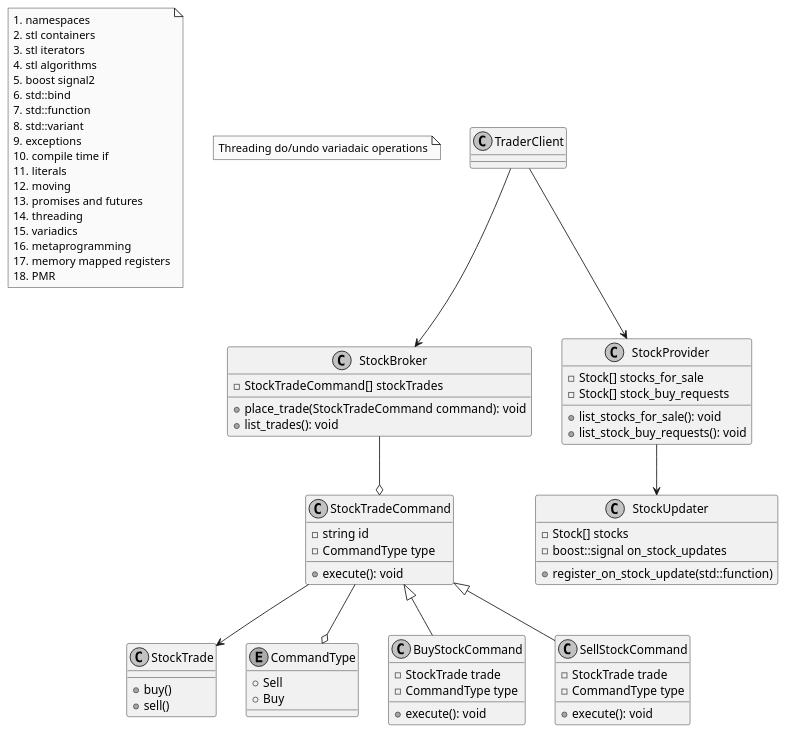
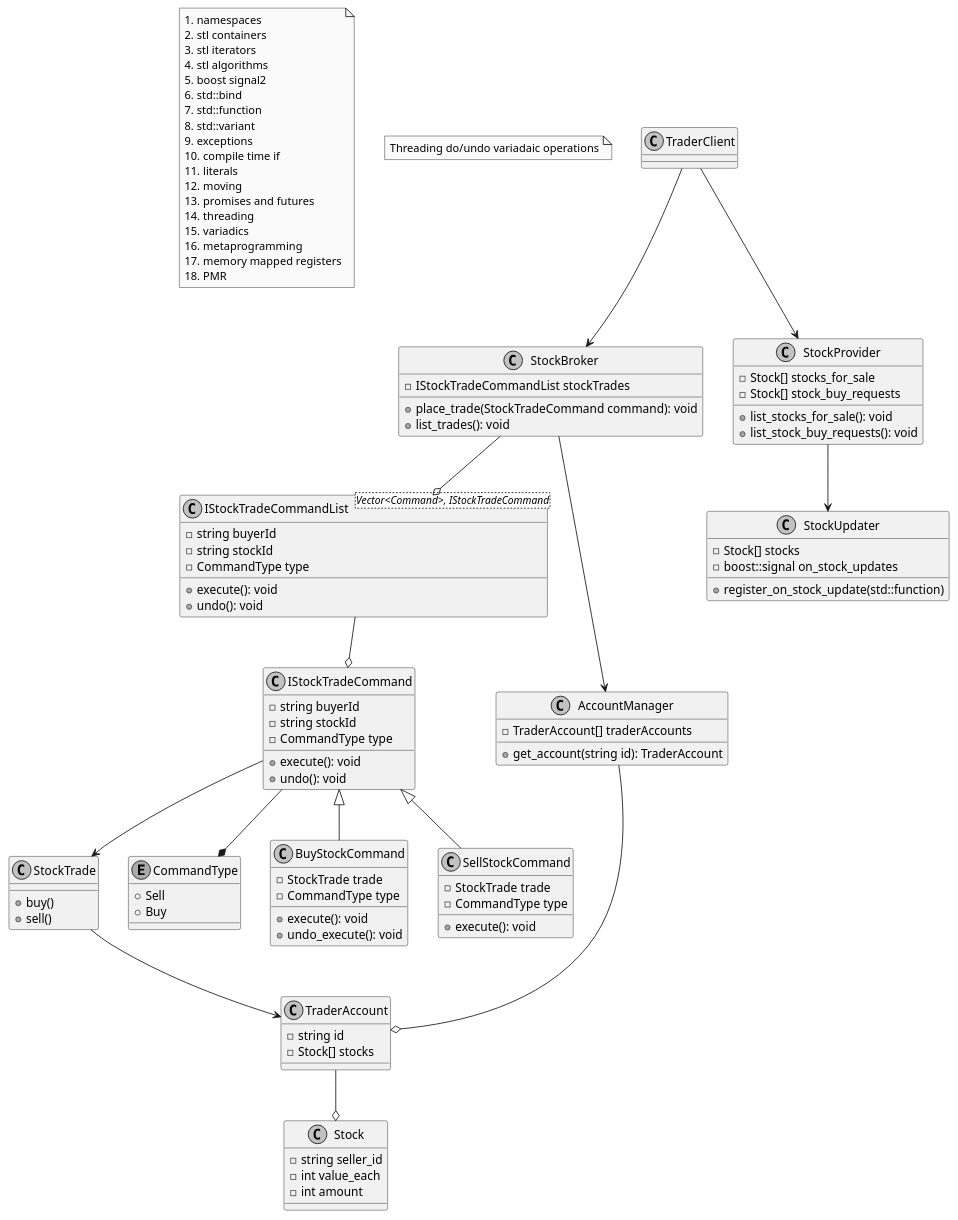
The diagram in stock-market.pu (MarcusGasberg/apk_stock_market), drawn with PlantUML before and after one commit.

Commit message:
Composite pattern?

```diff
--- a/stock-market.pu
+++ b/stock-market.pu
@@ -1,93 +1,127 @@
 @startuml StockMarket Class Diagram
 skinparam Monochrome true
 skinparam Shadowing false
 
 note as N1
   # namespaces
   # stl containers
   # stl iterators
   # stl algorithms
   # boost signal2
   # std::bind
   # std::function
   # std::variant
   # exceptions
   # compile time if
   # literals
   # moving
   # promises and futures
   # threading
   # variadics
   # metaprogramming
   # memory mapped registers
   # PMR
 end note
 
 
 note as N2
   Threading do/undo variadaic operations
 end note
 
 class TraderClient {
 
 }
 
 class StockBroker {
-  - StockTradeCommand[] stockTrades
+  - IStockTradeCommandList stockTrades
   + place_trade(StockTradeCommand command): void
   + list_trades(): void
 } 
 
 class StockTrade {
   + buy()
   + sell()
 }
 
-class StockTradeCommand {
-  - string id
+class IStockTradeCommand {
+  - string buyerId
+  - string stockId
   - CommandType type
   + execute(): void
+  + undo(): void
 }
 
 enum CommandType {
   + Sell
   + Buy
 }
 
 class BuyStockCommand {
   - StockTrade trade
+  - CommandType type 
+  + execute(): void
+  + undo_execute(): void
+}
+
+class IStockTradeCommandList <Vector<Command>, IStockTradeCommand>{
+  - string buyerId
+  - string stockId
   - CommandType type
   + execute(): void
+  + undo(): void
 }
 
 class SellStockCommand {
   - StockTrade trade
   - CommandType type
   + execute(): void
 }
 
 class StockProvider {
   - Stock[] stocks_for_sale
   - Stock[] stock_buy_requests
   + list_stocks_for_sale(): void
   + list_stock_buy_requests(): void
 }
 
 class StockUpdater {
   - Stock[] stocks
   - boost::signal on_stock_updates
   + register_on_stock_update(std::function)
 }
 
-StockTradeCommand --o CommandType
-StockTradeCommand <|-- BuyStockCommand
-StockTradeCommand <|-- SellStockCommand
-StockTradeCommand --> StockTrade
+class AccountManager {
+  - TraderAccount[] traderAccounts
+  + get_account(string id): TraderAccount
+}
 
-StockBroker --o StockTradeCommand
+class TraderAccount {
+  - string id
+  - Stock[] stocks
+}
+
+class Stock {
+  - string seller_id
+  - int value_each
+  - int amount
+}
+
+IStockTradeCommand --* CommandType
+IStockTradeCommand <|-- BuyStockCommand
+IStockTradeCommand <|-- SellStockCommand
+IStockTradeCommand --> StockTrade
+
+StockBroker --o IStockTradeCommandList
+IStockTradeCommandList --o IStockTradeCommand
 TraderClient --> StockBroker
 
 TraderClient --> StockProvider
 StockProvider --> StockUpdater
 
+StockTrade --> TraderAccount
+
+AccountManager --o TraderAccount
+TraderAccount --o Stock
+StockBroker --> AccountManager
+
 @enduml
```
